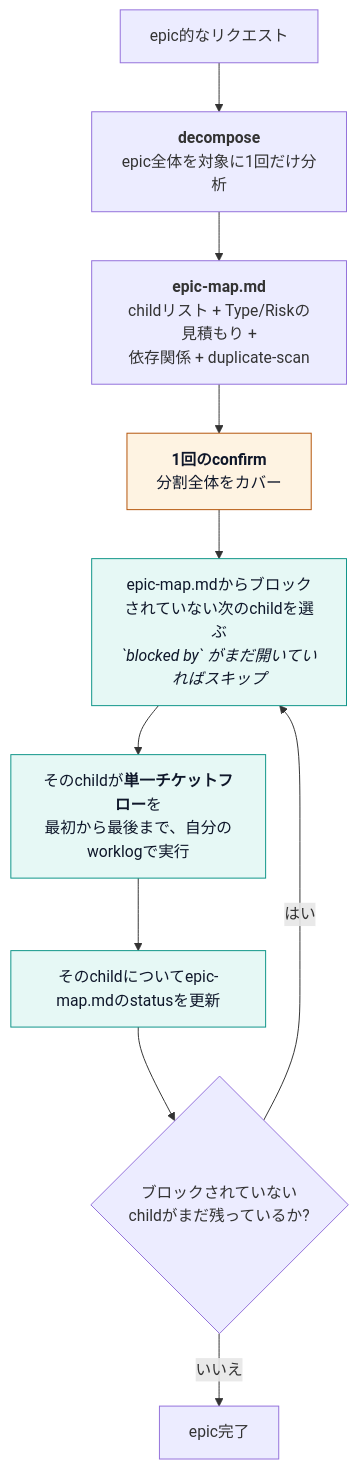
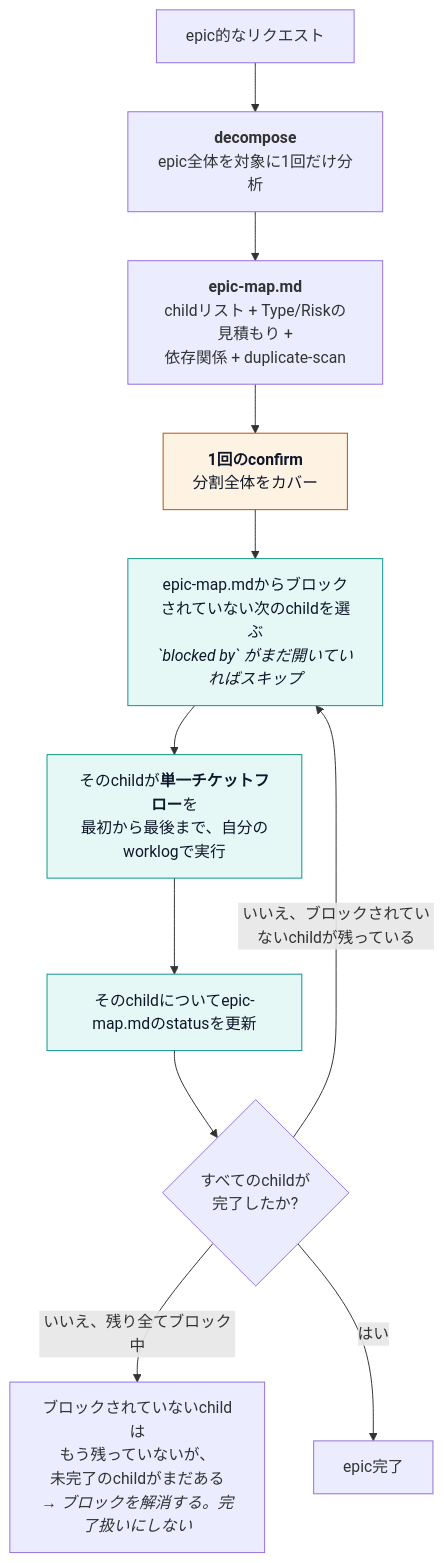
Before and after one commit to ninhlee99/dev-workflow: the diagram in docs/USER-GUIDE.ja.md, drawn with Mermaid. The commit also changed 9 other files, not shown here.

````diff
--- a/docs/USER-GUIDE.ja.md
+++ b/docs/USER-GUIDE.ja.md
@@ -113,21 +113,23 @@
 ```mermaid
 flowchart TD
     req["epic的なリクエスト"]
     decompose["<b>decompose</b><br/>epic全体を対象に1回だけ分析"]
     map["<b>epic-map.md</b><br/>childリスト + Type/Riskの見積もり +<br/>依存関係 + duplicate-scan"]
     confirm["<b>1回のconfirm</b><br/>分割全体をカバー"]
     pick["epic-map.mdからブロックされていない次のchildを選ぶ<br/><i>`blocked by` がまだ開いていればスキップ</i>"]
     childflow["そのchildが<b>単一チケットフロー</b>を<br/>最初から最後まで、自分のworklogで実行"]
     update["そのchildについてepic-map.mdのstatusを更新"]
-    more{"ブロックされていない<br/>childがまだ残っているか?"}
+    more{"すべてのchildが<br/>完了したか?"}
+    stuck["ブロックされていないchildは<br/>もう残っていないが、<br/>未完了のchildがまだある<br/><i>→ ブロックを解消する。完了扱いにしない</i>"]
     done["epic完了"]
 
     req --> decompose --> map --> confirm --> pick --> childflow --> update --> more
-    more -- はい --> pick
-    more -- いいえ --> done
+    more -- いいえ、ブロックされていないchildが残っている --> pick
+    more -- いいえ、残り全てブロック中 --> stuck
+    more -- はい --> done
 
     classDef gate fill:#fef3e2,stroke:#b45309,color:#0f172a;
     classDef loop fill:#e6f8f5,stroke:#0d9488,color:#0f172a;
     class confirm gate
     class pick,childflow,update loop
 ```
````
